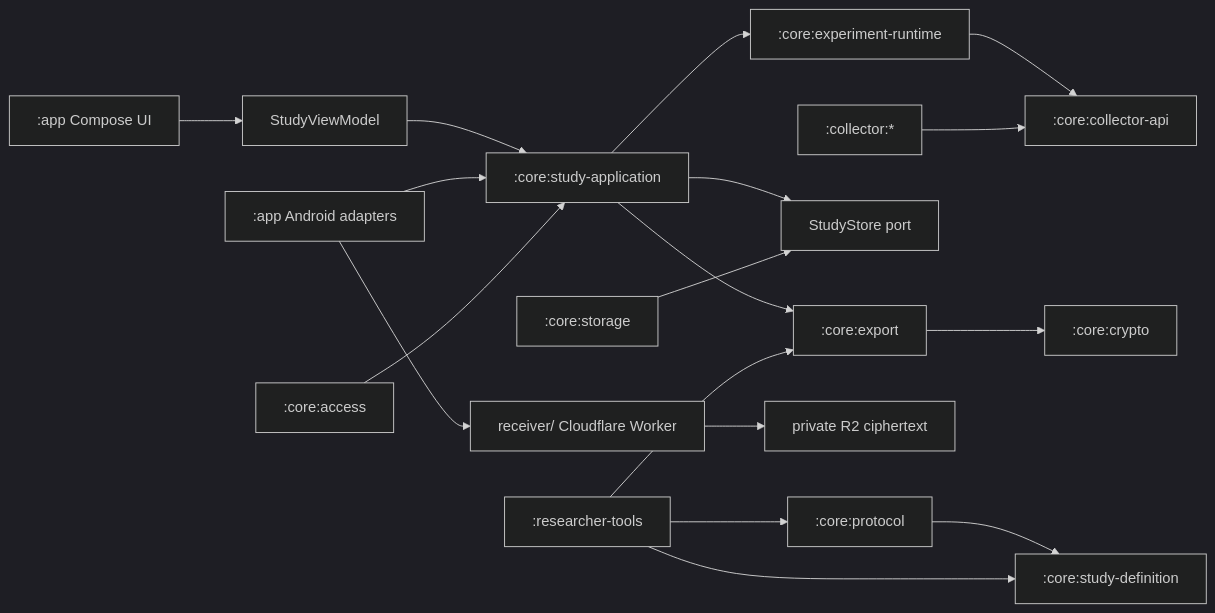
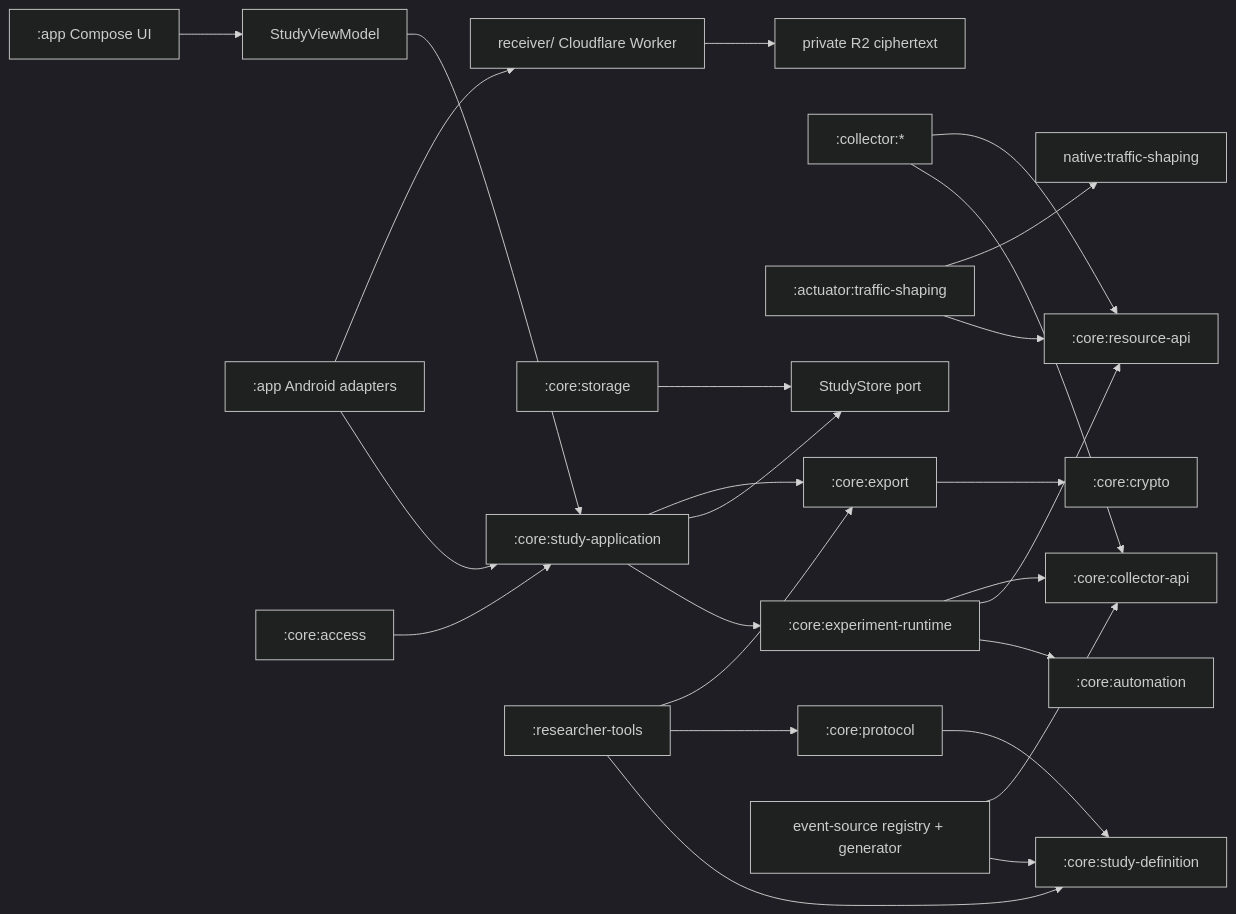
Before and after one commit to JacobLinCool/particeps: the diagram in README.md, drawn with Mermaid (dark theme). The commit also changed other lines of this file and 381 other files, not shown here.

Commit message:
Release durable event runtime and traffic shaping

````diff
--- a/README.md
+++ b/README.md
@@ -112,20 +147,27 @@
 ```mermaid
 flowchart LR
     UI[":app Compose UI"] --> VM["StudyViewModel"]
     VM --> Session[":core:study-application"]
     Session --> Runtime[":core:experiment-runtime"]
+    Runtime --> Automation[":core:automation"]
+    Runtime --> Resources[":core:resource-api"]
     Runtime --> API[":core:collector-api"]
     Collectors[":collector:*"] --> API
+    Collectors --> Resources
+    VPN[":actuator:traffic-shaping"] --> Resources
+    VPN --> Native["native:traffic-shaping"]
     Session --> StorePort["StudyStore port"]
     Storage[":core:storage"] --> StorePort
     Session --> Export[":core:export"]
     Export --> Crypto[":core:crypto"]
     Android[":app Android adapters"] --> Session
     Android --> Receiver["receiver/ Cloudflare Worker"]
     Receiver --> R2["private R2 ciphertext"]
     Access[":core:access"] --> Session
     Protocol[":core:protocol"] --> Definition[":core:study-definition"]
+    Registry["event-source registry + generator"] --> Definition
+    Registry --> API
     Tools[":researcher-tools"] --> Definition
     Tools --> Protocol
     Tools --> Export
 ```
````
